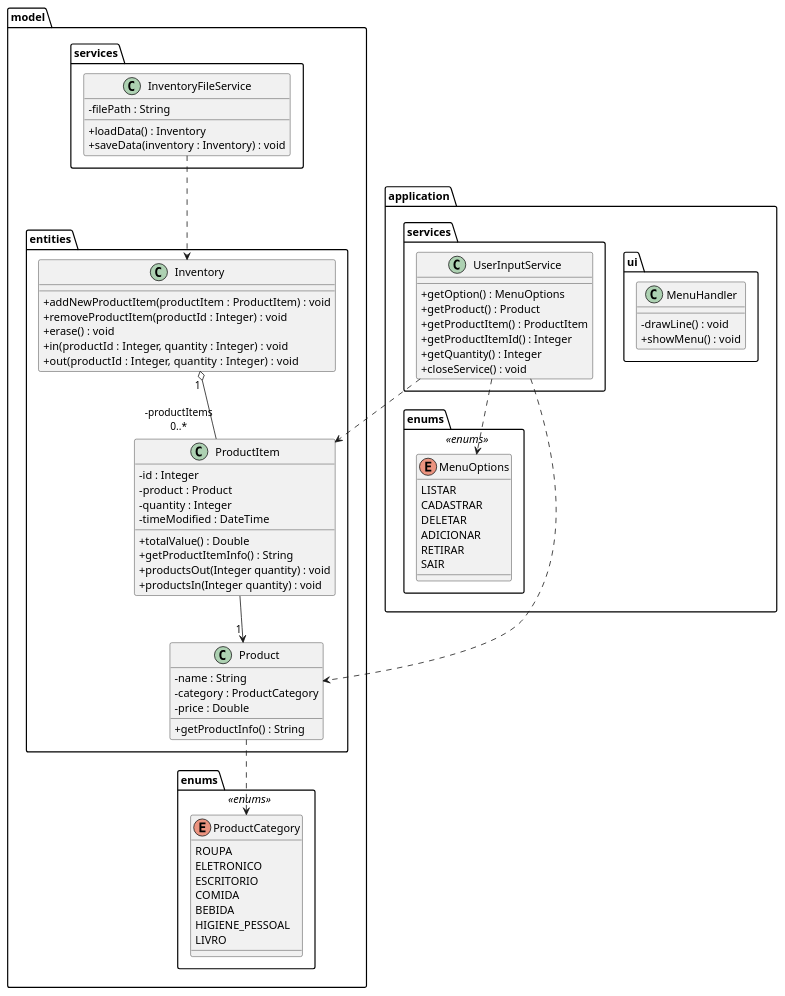
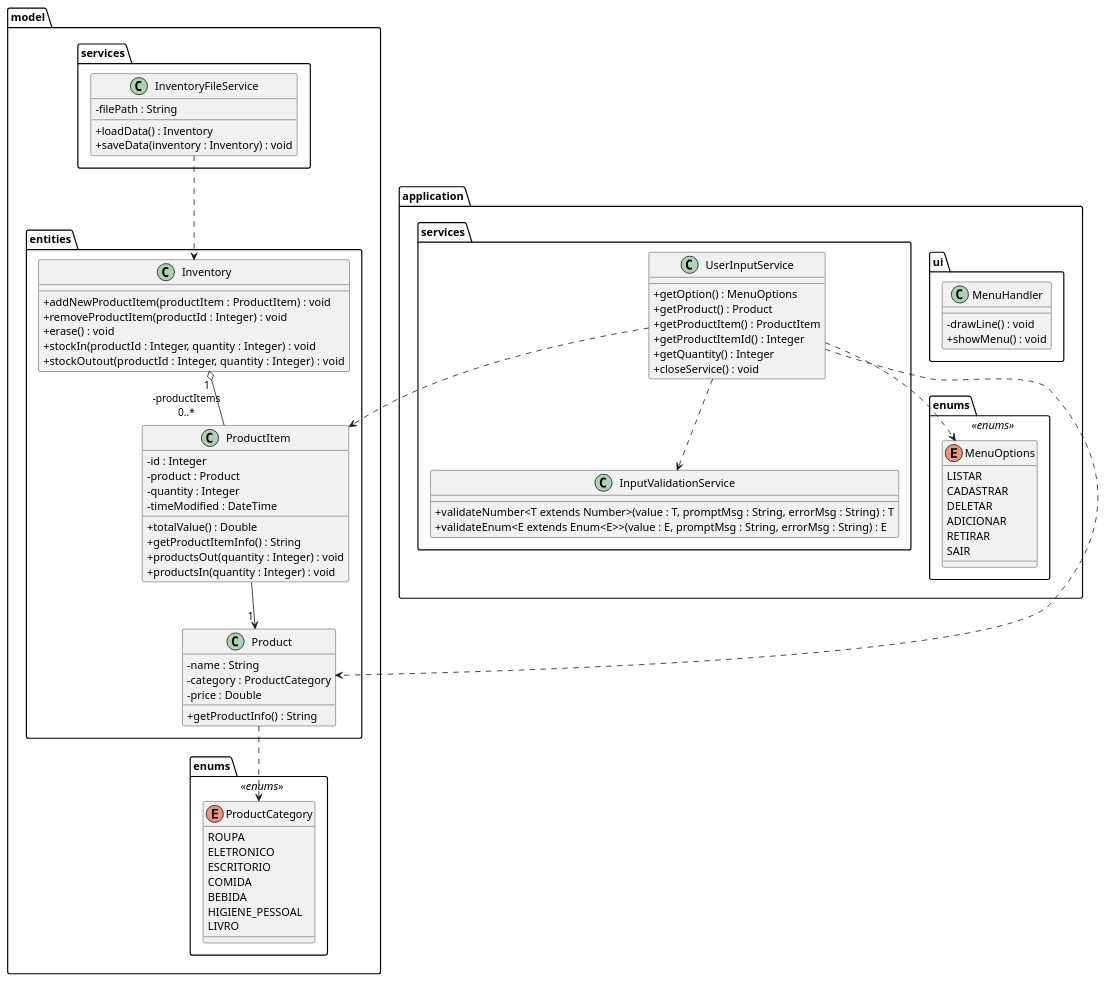
One commit to victormmcouto/java-crud-console changed the diagram in java-crud-console-umlclass.puml. Above: the diagram before and after it, drawn with PlantUML.

Commit message:
feat: Cria novo diagrama para serviço de validação de input usando generics

```diff
--- a/java-crud-console-umlclass.puml
+++ b/java-crud-console-umlclass.puml
@@ -1,85 +1,90 @@
 @startuml
 skinparam classAttributeIconSize 0
 package model {
   package entities {
     class Product {
       - name : String
       - category : ProductCategory
       - price : Double
       + getProductInfo() : String
     }
     class Inventory {
       + addNewProductItem(productItem : ProductItem) : void
       + removeProductItem(productId : Integer) : void
       + erase() : void
-      + in(productId : Integer, quantity : Integer) : void
-      + out(productId : Integer, quantity : Integer) :  void
+      + stockIn(productId : Integer, quantity : Integer) : void
+      + stockOutout(productId : Integer, quantity : Integer) :  void
     }
     class ProductItem {
       - id : Integer
       - product : Product
       - quantity : Integer
       - timeModified : DateTime
       + totalValue() : Double
       + getProductItemInfo() : String
-      + productsOut(Integer quantity) : void
-      + productsIn(Integer quantity) : void
+      + productsOut(quantity : Integer) : void
+      + productsIn(quantity : Integer) : void
     }
   }
   package services {
       class InventoryFileService {
       - filePath : String
       + loadData() : Inventory
       + saveData(inventory : Inventory) : void
     }
   }
   package enums <<enums>> {
     enum ProductCategory {
       ROUPA
       ELETRONICO
       ESCRITORIO
       COMIDA
       BEBIDA
       HIGIENE_PESSOAL
       LIVRO
     }
   }
 }
 
 package application {
   package application.ui {
     class MenuHandler {
     - drawLine() : void
     + showMenu() : void
     }
   }
   package enums <<enums>> {
     enum MenuOptions {
       LISTAR
       CADASTRAR
       DELETAR
       ADICIONAR
       RETIRAR
       SAIR
     }
   }
   package services {
     class UserInputService {
       + getOption() : MenuOptions
       + getProduct() : Product
       + getProductItem() : ProductItem
       + getProductItemId() : Integer
       + getQuantity() : Integer
       + closeService() : void
     }
+    class InputValidationService {
+      + validateNumber<T extends Number>(value : T, promptMsg : String, errorMsg : String) : T
+      + validateEnum<E extends Enum<E>>(value : E, promptMsg : String, errorMsg : String) : E
+    }
   }
 }
 
 ProductItem --> "\t1" Product
 Inventory "\t1" o-- "-productItems\n0..*" ProductItem
 InventoryFileService ..> Inventory
 Product ..> ProductCategory
 UserInputService ..> MenuOptions
 UserInputService ..> Product
 UserInputService ..> ProductItem
+UserInputService ..> InputValidationService
 @enduml
```
